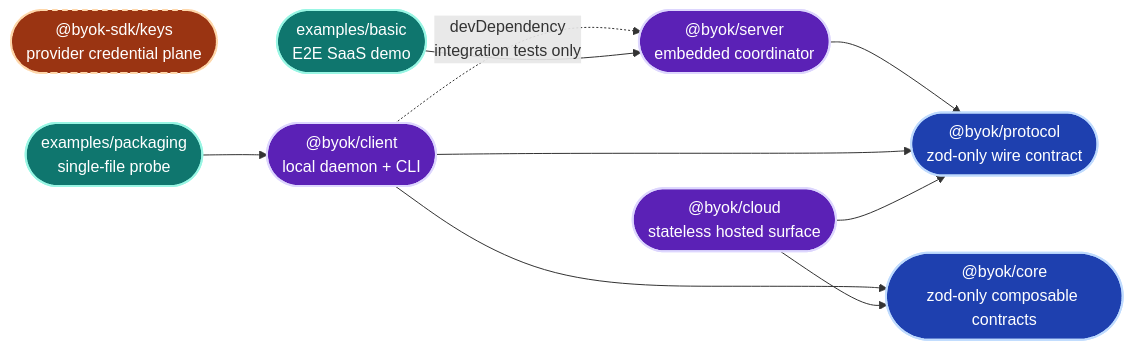
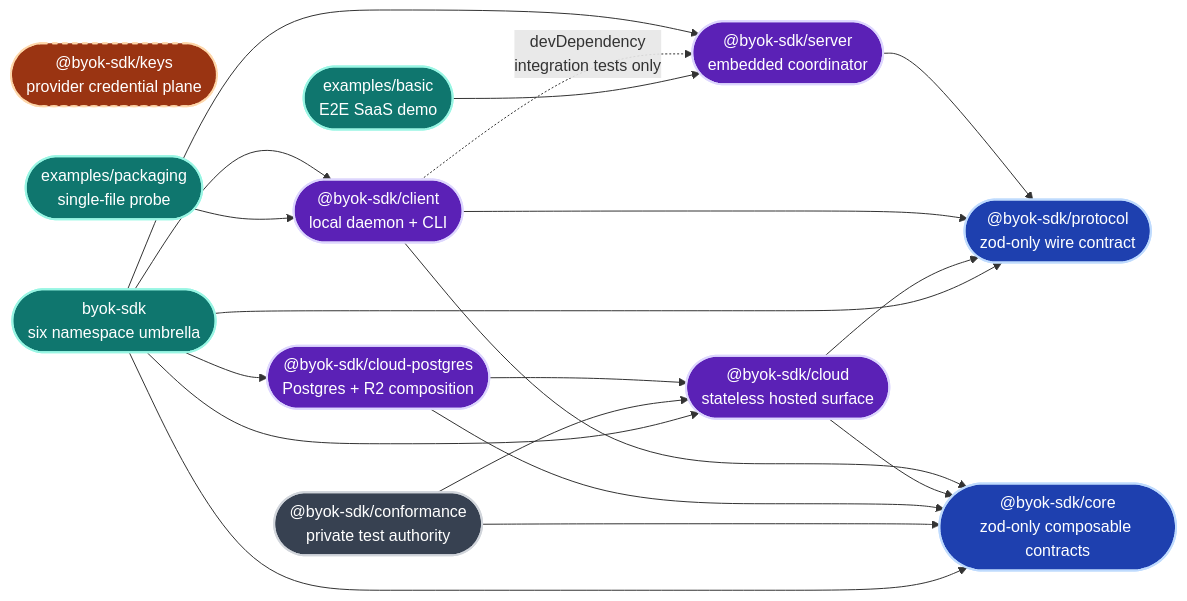
The second of 23 diagrams in docs/architecture/sdk-architecture.md (Ancienttwo/byok-sdk), drawn with Mermaid before and after one commit. The commit also changed other lines of this file and 302 other files, not shown here.

Commit message:
feat(release): prepare full BYOK SDK npm graph

````diff
--- a/docs/architecture/sdk-architecture.md
+++ b/docs/architecture/sdk-architecture.md
@@ -103,28 +103,41 @@
 ```mermaid
 flowchart LR
   classDef contract fill:#1e40af,stroke:#bfdbfe,stroke-width:2px,color:#fff
   classDef runtime fill:#5b21b6,stroke:#ddd6fe,stroke-width:2px,color:#fff
   classDef key fill:#9a3412,stroke:#fed7aa,stroke-width:2px,color:#fff
   classDef example fill:#0f766e,stroke:#99f6e4,stroke-width:2px,color:#fff
   classDef dev fill:#374151,stroke:#d1d5db,stroke-width:2px,color:#fff
 
-  Protocol(["@byok/protocol<br/>zod-only wire contract"]):::contract
-  Server(["@byok/server<br/>embedded coordinator"]):::runtime
-  Client(["@byok/client<br/>local daemon + CLI"]):::runtime
+  Protocol(["@byok-sdk/protocol<br/>zod-only wire contract"]):::contract
+  Server(["@byok-sdk/server<br/>embedded coordinator"]):::runtime
+  Client(["@byok-sdk/client<br/>local daemon + CLI"]):::runtime
   Keys(["@byok-sdk/keys<br/>provider credential plane"]):::key
-  Core(["@byok/core<br/>zod-only composable contracts"]):::contract
-  Cloud(["@byok/cloud<br/>stateless hosted surface"]):::runtime
+  Core(["@byok-sdk/core<br/>zod-only composable contracts"]):::contract
+  Cloud(["@byok-sdk/cloud<br/>stateless hosted surface"]):::runtime
+  CloudPg(["@byok-sdk/cloud-postgres<br/>Postgres + R2 composition"]):::runtime
+  SDK(["byok-sdk<br/>six namespace umbrella"]):::example
+  Conformance(["@byok-sdk/conformance<br/>private test authority"]):::dev
   Basic(["examples/basic<br/>E2E SaaS demo"]):::example
   Packaging(["examples/packaging<br/>single-file probe"]):::example
 
   Server --> Protocol
   Client --> Protocol
   Client --> Core
   Cloud --> Core
   Cloud --> Protocol
+  CloudPg --> Cloud
+  CloudPg --> Core
+  Conformance --> Cloud
+  Conformance --> Core
+  SDK --> Protocol
+  SDK --> Server
+  SDK --> Client
+  SDK --> Core
+  SDK --> Cloud
+  SDK --> CloudPg
   Client -.->|"devDependency<br/>integration tests only"| Server
   Basic --> Server
   Packaging --> Client
 
   style Keys stroke-dasharray:5 5
 ```
````
